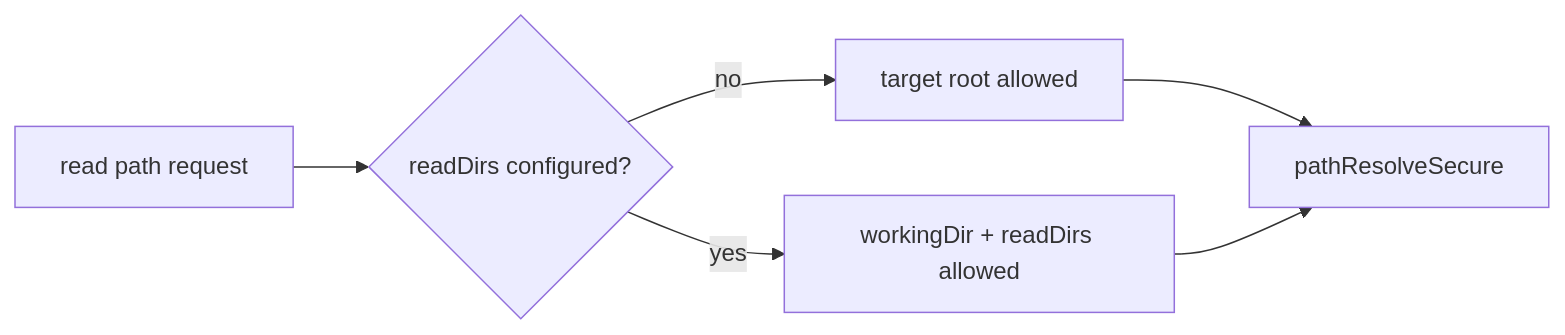
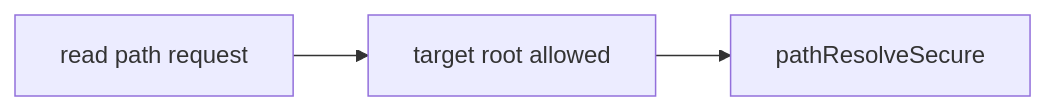
One commit to ex3ndr/claybot changed the fifth of 9 diagrams in docs/permissions.md. Above: the diagram before and after it, drawn with Mermaid. The commit also changed other lines of this file and 10 other files, not shown here.

Commit message:
fix(shell): ignore readDirs for tool-call reads

````diff
--- a/docs/permissions.md
+++ b/docs/permissions.md
@@ -110,8 +108,5 @@
 ```mermaid
 flowchart LR
-  ReadCall[read path request] --> HasDirs{readDirs configured?}
-  HasDirs -->|no| Root[target root allowed]
-  HasDirs -->|yes| Scoped[workingDir + readDirs allowed]
+  ReadCall[read path request] --> Root[target root allowed]
   Root --> Resolve[pathResolveSecure]
-  Scoped --> Resolve
 ```
````
